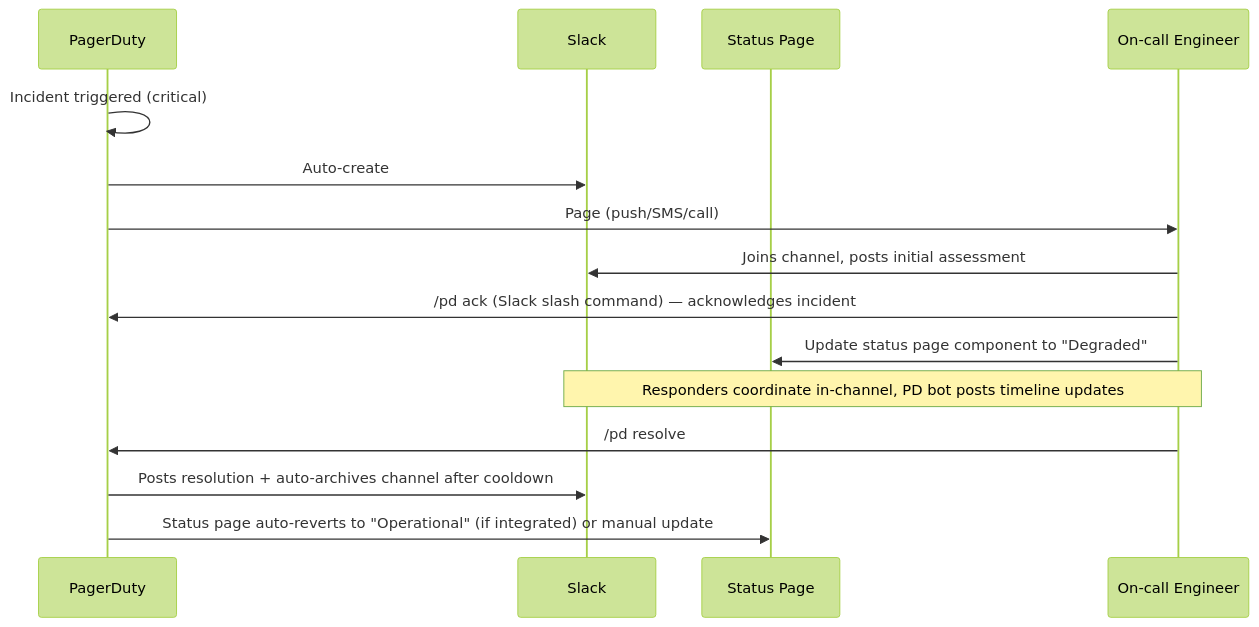
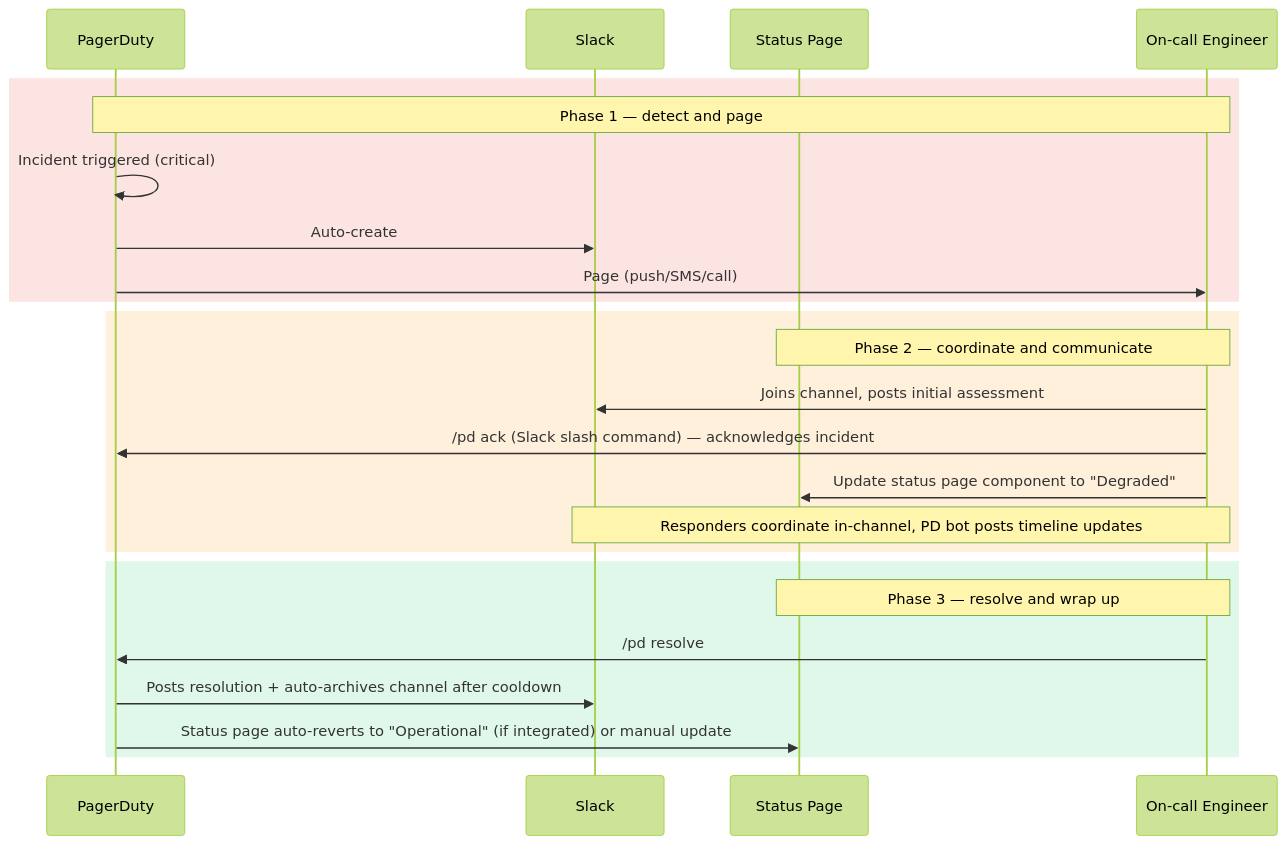
One commit to deepanshu-rawat6/DevOpsIndex changed the sixth of 7 diagrams in sre/oncall-tooling.md. Above: the diagram before and after it, drawn with Mermaid (forest theme). The commit also changed other lines of this file and 7 other files, not shown here.

````diff
--- a/sre/oncall-tooling.md
+++ b/sre/oncall-tooling.md
@@ -340,18 +464,29 @@
 ```mermaid
 sequenceDiagram
     participant PD as PagerDuty
     participant Slack as Slack
     participant SP as Status Page
     participant OC as On-call Engineer
 
-    PD->>PD: Incident triggered (critical)
-    PD->>Slack: Auto-create #incident-2024-payments-outage channel
-    PD->>OC: Page (push/SMS/call)
-    OC->>Slack: Joins channel, posts initial assessment
-    OC->>PD: /pd ack (Slack slash command) — acknowledges incident
-    OC->>SP: Update status page component to "Degraded"
-    Note over OC,Slack: Responders coordinate in-channel, PD bot posts timeline updates
-    OC->>PD: /pd resolve
-    PD->>Slack: Posts resolution + auto-archives channel after cooldown
-    PD->>SP: Status page auto-reverts to "Operational" (if integrated) or manual update
+    rect rgba(231, 76, 60, 0.15)
+        Note over PD,OC: Phase 1 — detect and page
+        PD->>PD: Incident triggered (critical)
+        PD->>Slack: Auto-create #incident-2024-payments-outage channel
+        PD->>OC: Page (push/SMS/call)
+    end
+
+    rect rgba(243, 156, 18, 0.15)
+        Note over OC,SP: Phase 2 — coordinate and communicate
+        OC->>Slack: Joins channel, posts initial assessment
+        OC->>PD: /pd ack (Slack slash command) — acknowledges incident
+        OC->>SP: Update status page component to "Degraded"
+        Note over OC,Slack: Responders coordinate in-channel, PD bot posts timeline updates
+    end
+
+    rect rgba(46, 204, 113, 0.15)
+        Note over OC,SP: Phase 3 — resolve and wrap up
+        OC->>PD: /pd resolve
+        PD->>Slack: Posts resolution + auto-archives channel after cooldown
+        PD->>SP: Status page auto-reverts to "Operational" (if integrated) or manual update
+    end
 ```
````
